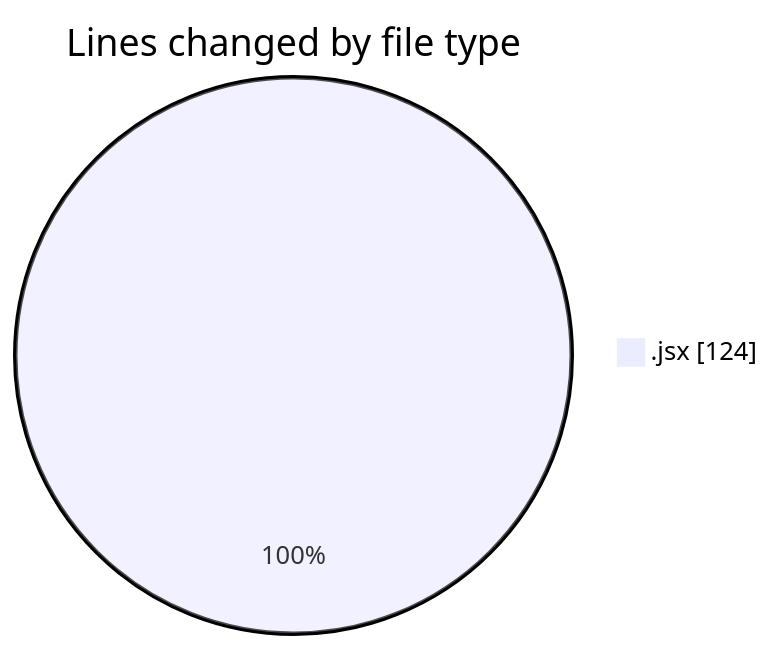
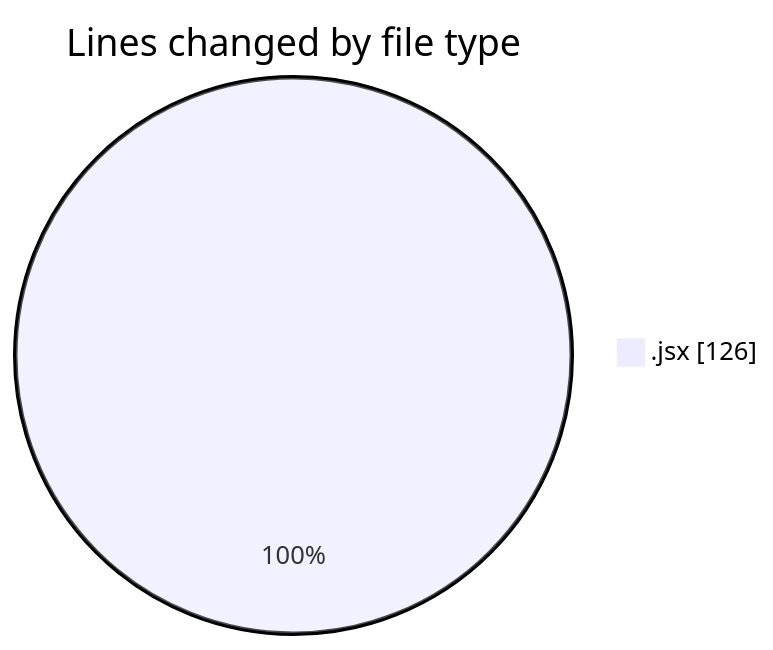
Before and after one commit to Elitesun/code-tracking: the first of 2 diagrams in 2025-01-29/react/README.md, drawn with Mermaid. The commit also changed other lines of this file and 1 other file, not shown here.

````diff
--- a/2025-01-29/react/README.md
+++ b/2025-01-29/react/README.md
@@ -25,5 +25,5 @@
 ```mermaid
 pie showData
 title Lines changed by file type
-".jsx" : 124
+".jsx" : 126
 ```
````
